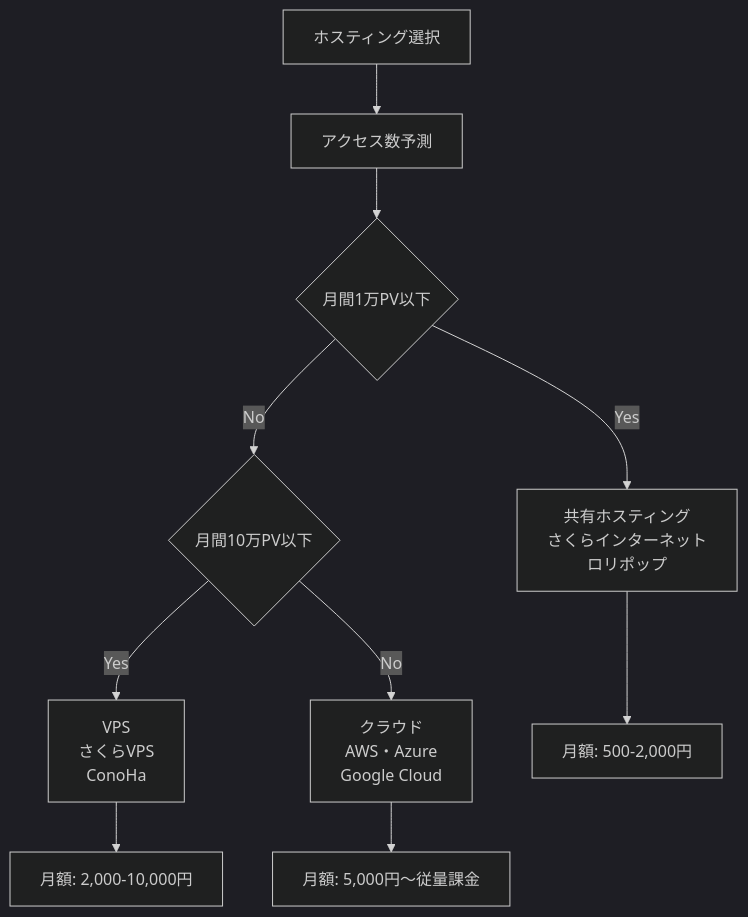
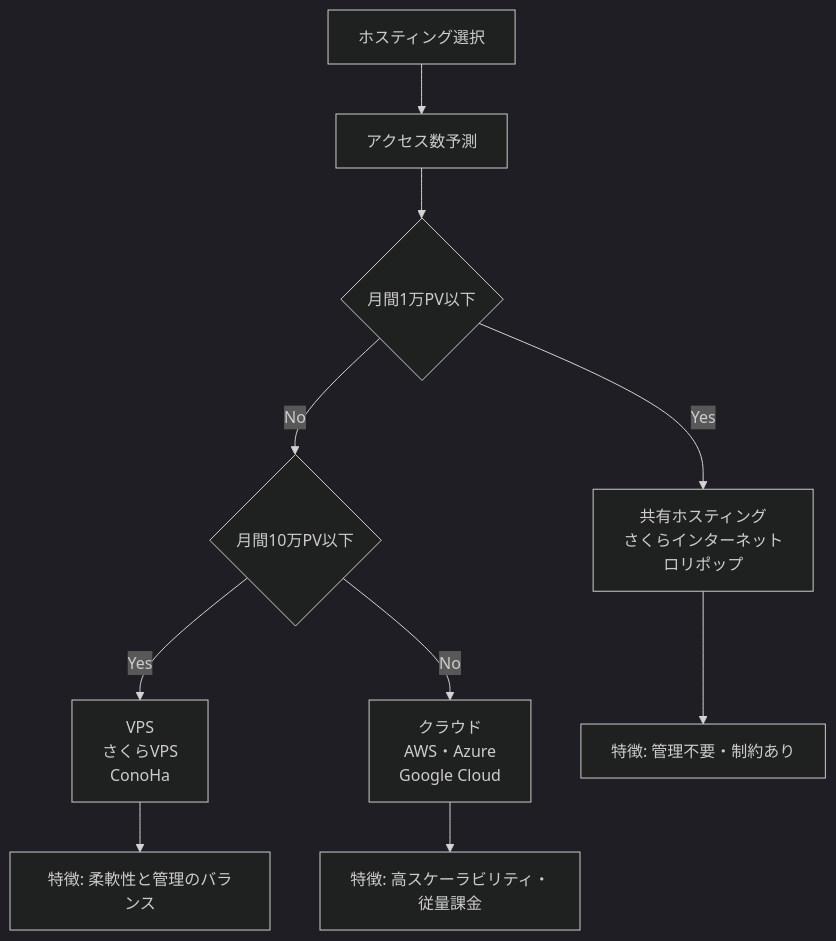
One commit to Monzi-takuya/web-fundamentals-for-non-engineers changed the seventh of 10 diagrams in docs/02_Web基礎理解/05_推奨_WebサイトとWebアプリケーション.md. Above: the diagram before and after it, drawn with Mermaid (dark theme). The commit also changed other lines of this file and 2 other files, not shown here.

````diff
--- a/docs/02_Web基礎理解/05_推奨_WebサイトとWebアプリケーション.md
+++ b/docs/02_Web基礎理解/05_推奨_WebサイトとWebアプリケーション.md
@@ -306,13 +337,13 @@
 ```mermaid
 flowchart TD
     A["ホスティング選択"] --> B["アクセス数予測"]
     B --> C{"月間1万PV以下"}
     C -->|Yes| D["共有ホスティング<br/>さくらインターネット<br/>ロリポップ"]
     C -->|No| E{"月間10万PV以下"}
     E -->|Yes| F["VPS<br/>さくらVPS<br/>ConoHa"]
     E -->|No| G["クラウド<br/>AWS・Azure<br/>Google Cloud"]
     
-    D --> H["月額: 500-2,000円"]
-    F --> I["月額: 2,000-10,000円"]
-    G --> J["月額: 5,000円〜従量課金"]
+    D --> H["特徴: 管理不要・制約あり"]
+    F --> I["特徴: 柔軟性と管理のバランス"]
+    G --> J["特徴: 高スケーラビリティ・従量課金"]
 ```
````
